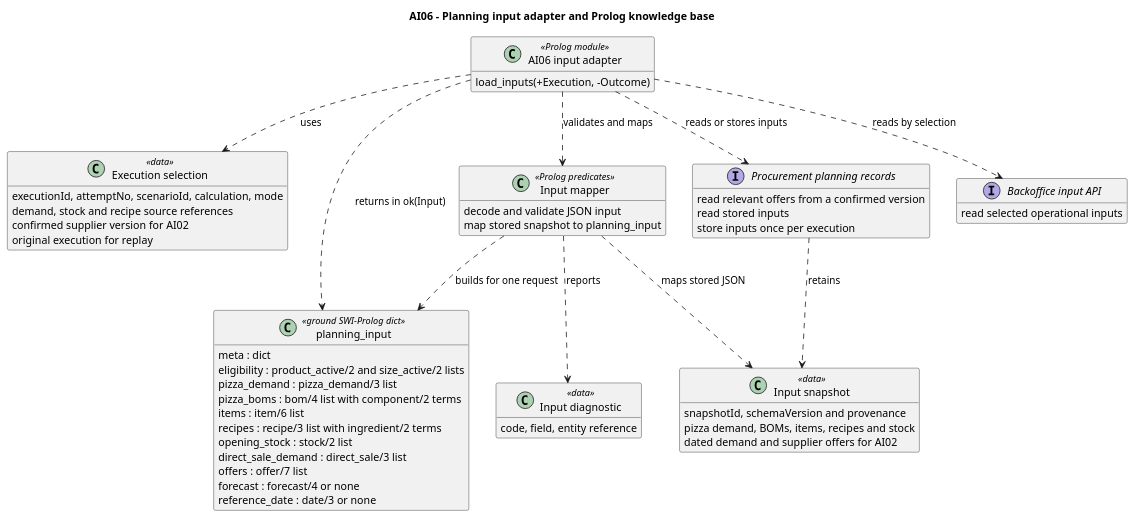
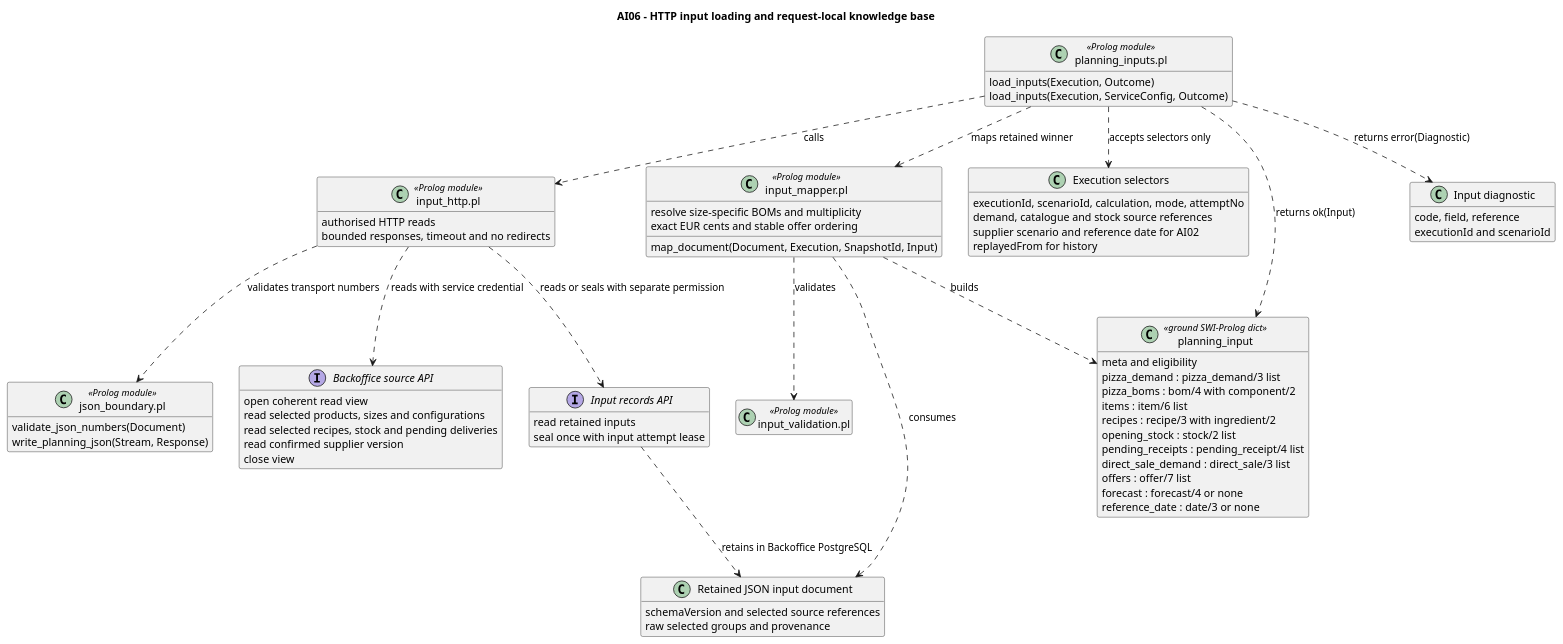
The diagram in docs/user_stories/ai/ai06/classDiagram/class_diagram_planning_inputs.puml (1240898/teste), drawn with PlantUML before and after one commit. The commit also changed 248 other files, not shown here.

```diff
--- a/docs/user_stories/ai/ai06/classDiagram/class_diagram_planning_inputs.puml
+++ b/docs/user_stories/ai/ai06/classDiagram/class_diagram_planning_inputs.puml
@@ -1,67 +1,76 @@
 @startuml class_diagram_planning_inputs
-title AI06 - Planning input adapter and Prolog knowledge base
+title AI06 - HTTP input loading and request-local knowledge base
 hide empty members
 skinparam shadowing false
 skinparam classAttributeIconSize 0
 skinparam packageStyle rectangle
 
-class "AI06 input adapter" as Adapter <<Prolog module>> {
-    load_inputs(+Execution, -Outcome)
+class "planning_inputs.pl" as Adapter <<Prolog module>> {
+  load_inputs(Execution, Outcome)
+  load_inputs(Execution, ServiceConfig, Outcome)
 }
-
-class "Execution selection" as Selection <<data>> {
-    executionId, attemptNo, scenarioId, calculation, mode
-    demand, stock and recipe source references
-    confirmed supplier version for AI02
-    original execution for replay
+class "input_http.pl" as Http <<Prolog module>> {
+  authorised HTTP reads
+  bounded responses, timeout and no redirects
 }
-
-class "Input mapper" as Mapper <<Prolog predicates>> {
-    decode and validate JSON input
-    map stored snapshot to planning_input
+class "input_mapper.pl" as Mapper <<Prolog module>> {
+  resolve size-specific BOMs and multiplicity
+  map_document(Document, Execution, SnapshotId, Input)
+  exact EUR cents and stable offer ordering
 }
-
-interface "Backoffice input API" as Backoffice {
-    read selected operational inputs
+class "input_validation.pl" as Validation <<Prolog module>>
+class "json_boundary.pl" as Json <<Prolog module>> {
+  validate_json_numbers(Document)
+  write_planning_json(Stream, Response)
 }
-
-interface "Procurement planning records" as Records {
-    read relevant offers from a confirmed version
-    read stored inputs
-    store inputs once per execution
+class "Execution selectors" as Selection {
+  executionId, scenarioId, calculation, mode, attemptNo
+  demand, catalogue and stock source references
+  supplier scenario and reference date for AI02
+  replayedFrom for history
 }
-
-class "Input snapshot" as Snapshot <<data>> {
-    snapshotId, schemaVersion and provenance
-    pizza demand, BOMs, items, recipes and stock
-    dated demand and supplier offers for AI02
+interface "Backoffice source API" as Sources {
+  open coherent read view
+  read selected products, sizes and configurations
+  read selected recipes, stock and pending deliveries
+  read confirmed supplier version
+  close view
 }
-
-class "planning_input" as KnowledgeBase <<ground SWI-Prolog dict>> {
-    meta : dict
-    eligibility : product_active/2 and size_active/2 lists
-    pizza_demand : pizza_demand/3 list
-    pizza_boms : bom/4 list with component/2 terms
-    items : item/6 list
-    recipes : recipe/3 list with ingredient/2 terms
-    opening_stock : stock/2 list
-    direct_sale_demand : direct_sale/3 list
-    offers : offer/7 list
-    forecast : forecast/4 or none
-    reference_date : date/3 or none
+interface "Input records API" as Records {
+  read retained inputs
+  seal once with input attempt lease
 }
-
-class "Input diagnostic" as Diagnostic <<data>> {
-    code, field, entity reference
+class "Retained JSON input document" as Snapshot {
+  schemaVersion and selected source references
+  raw selected groups and provenance
 }
-
-Adapter ..> Selection : uses
-Adapter ..> Backoffice : reads by selection
-Adapter ..> Records : reads or stores inputs
-Adapter ..> Mapper : validates and maps
-Mapper ..> Snapshot : maps stored JSON
-Mapper ..> KnowledgeBase : builds for one request
-Adapter ..> KnowledgeBase : returns in ok(Input)
-Mapper ..> Diagnostic : reports
-Records ..> Snapshot : retains
+class "planning_input" as KB <<ground SWI-Prolog dict>> {
+  meta and eligibility
+  pizza_demand : pizza_demand/3 list
+  pizza_boms : bom/4 with component/2
+  items : item/6 list
+  recipes : recipe/3 with ingredient/2
+  opening_stock : stock/2 list
+  pending_receipts : pending_receipt/4 list
+  direct_sale_demand : direct_sale/3 list
+  offers : offer/7 list
+  forecast : forecast/4 or none
+  reference_date : date/3 or none
+}
+class "Input diagnostic" as Error {
+  code, field, reference
+  executionId and scenarioId
+}
+Adapter ..> Selection : accepts selectors only
+Adapter ..> Http : calls
+Http ..> Sources : reads with service credential
+Http ..> Records : reads or seals with separate permission
+Http ..> Json : validates transport numbers
+Adapter ..> Mapper : maps retained winner
+Mapper ..> Validation : validates
+Mapper ..> Snapshot : consumes
+Mapper ..> KB : builds
+Records ..> Snapshot : retains in Backoffice PostgreSQL
+Adapter ..> KB : returns ok(Input)
+Adapter ..> Error : returns error(Diagnostic)
 @enduml
```
